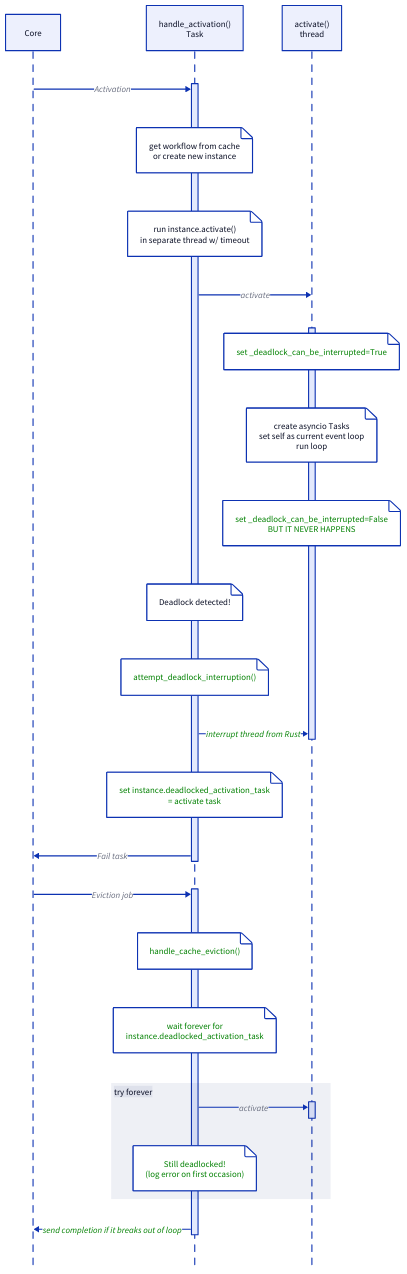
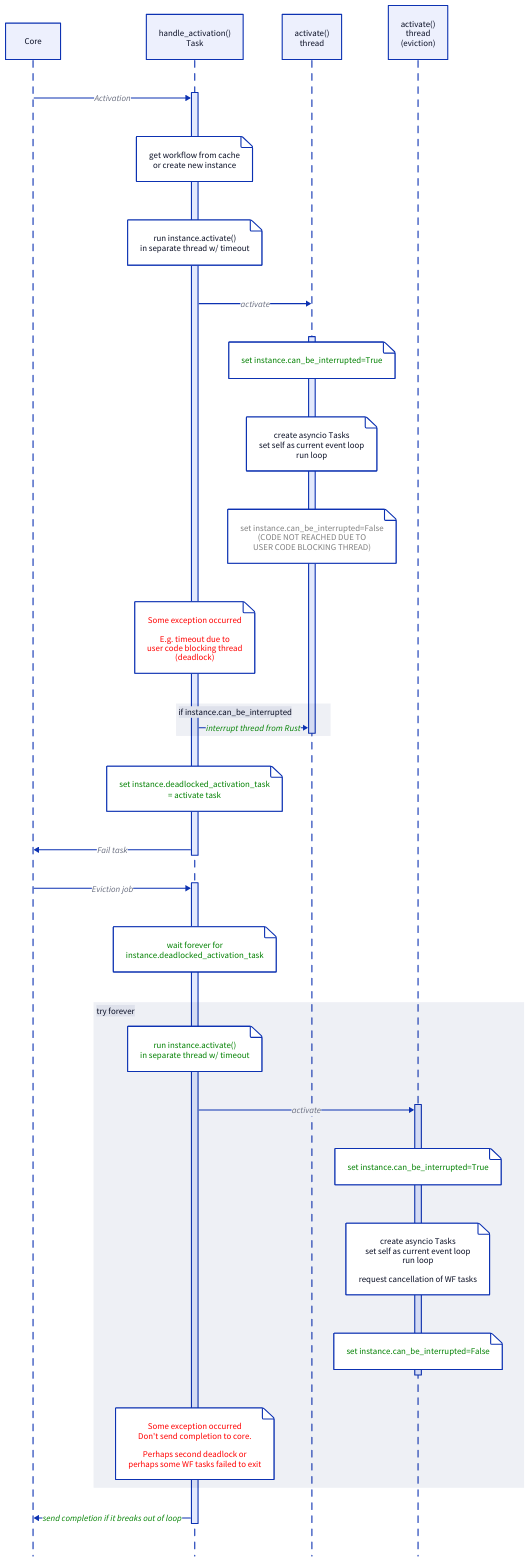
One commit to dandavison/temporalio-notes changed the diagram in diagrams/python-deadlock-2.d2. Above: the diagram before and after it, drawn with D2. The commit also changed 2 other files, not shown here.

Commit message:
Updated python deadlock diagrams

```diff
--- a/diagrams/python-deadlock-2.d2
+++ b/diagrams/python-deadlock-2.d2
@@ -1,52 +1,63 @@
 shape: sequence_diagram
 
 C: {
   label: Core
 }
 
 HA: {
   label: handle_activation()\nTask
 }
 
-A: {
+A1: {
   label: activate()\nthread
+}
+A2: {
+  label: activate()\nthread\n(eviction)
 }
 
 C -> HA.1: "Activation"
 HA.1.1: "get workflow from cache\nor create new instance"
 HA.1.2: "run instance.activate()\nin separate thread w/ timeout"
-HA.1 -> A: activate
-A.1.0: "set _deadlock_can_be_interrupted=True" {
+HA.1 -> A1: activate
+A1.1.0: "set instance.can_be_interrupted=True" {
   style.font-color: green
 }
-A.1.1: "create asyncio Tasks\nset self as current event loop\nrun loop"
-A.1.2: "set _deadlock_can_be_interrupted=False\nBUT IT NEVER HAPPENS" {
-  style.font-color: green
+A1.1.1: "create asyncio Tasks\nset self as current event loop\nrun loop"
+A1.1.2: "set instance.can_be_interrupted=False\n(CODE NOT REACHED DUE TO\nUSER CODE BLOCKING THREAD)" {
+  style.font-color: grey
 }
-HA.1.3: Deadlock detected!
-HA.1.4: attempt_deadlock_interruption() {
-  style.font-color: green
+HA.1.3: Some exception occurred\n\nE.g. timeout due to\nuser code blocking thread\n(deadlock) {
+  style.font-color: red
 }
-HA.1 -> A.1: "interrupt thread from Rust" {
-  style.font-color: green
+if instance\.can_be_interrupted: {
+  HA.1 -> A1.1: "interrupt thread from Rust" {
+    style.font-color: green
+  }
 }
 HA.1.5: set instance.deadlocked_activation_task\n= activate task {
   style.font-color: green
 }
 HA.1 -> C: "Fail task"
 C -> HA.2: "Eviction job"
-HA.2.1: handle_cache_eviction() {
-  style.font-color: green
-}
 HA.2.2: wait forever for\ninstance.deadlocked_activation_task {
   style.font-color: green
 }
 try forever: {
-  HA.2 -> A.2: activate
-  HA.2.3: Still deadlocked!\n(log error on first occasion) {
+  HA.2.3: "run instance.activate()\nin separate thread w/ timeout" {
     style.font-color: green
+  }
+  HA.2 -> A2.2: activate
+  A2.2.0: "set instance.can_be_interrupted=True" {
+    style.font-color: green
+  }
+  A2.2.1: "create asyncio Tasks\nset self as current event loop\nrun loop\n\nrequest cancellation of WF tasks"
+  A2.2.2: "set instance.can_be_interrupted=False" {
+    style.font-color: green
+  }
+  HA.2.4: Some exception occurred\nDon't send completion to core.\n\nPerhaps second deadlock or\nperhaps some WF tasks failed to exit {
+    style.font-color: red
   }
 }
 HA.2 -> C: "send completion if it breaks out of loop" {
   style.font-color: green
 }
```
